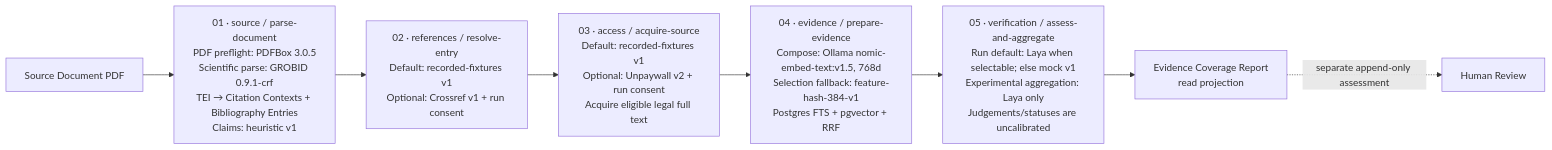
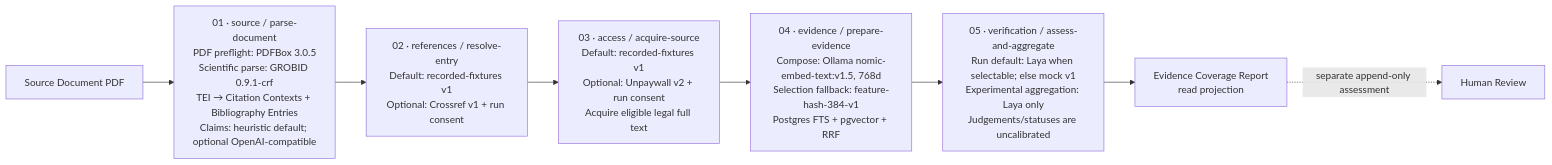
The first of 2 diagrams in docs/pipeline-feature-matrix.md (arrokh/paper-t-rail), drawn with Mermaid before and after one commit. The commit also changed other lines of this file and 47 other files, not shown here.

````diff
--- a/docs/pipeline-feature-matrix.md
+++ b/docs/pipeline-feature-matrix.md
@@ -17,10 +17,10 @@
 ```mermaid
 flowchart LR
     PDF["Source Document PDF"] --> S1
-    S1["01 · source / parse-document<br/>PDF preflight: PDFBox 3.0.5<br/>Scientific parse: GROBID 0.9.1-crf<br/>TEI → Citation Contexts + Bibliography Entries<br/>Claims: heuristic v1"] --> S2
+    S1["01 · source / parse-document<br/>PDF preflight: PDFBox 3.0.5<br/>Scientific parse: GROBID 0.9.1-crf<br/>TEI → Citation Contexts + Bibliography Entries<br/>Claims: heuristic default; optional OpenAI-compatible"] --> S2
     S2["02 · references / resolve-entry<br/>Default: recorded-fixtures v1<br/>Optional: Crossref v1 + run consent"] --> S3
     S3["03 · access / acquire-source<br/>Default: recorded-fixtures v1<br/>Optional: Unpaywall v2 + run consent<br/>Acquire eligible legal full text"] --> S4
     S4["04 · evidence / prepare-evidence<br/>Compose: Ollama nomic-embed-text:v1.5, 768d<br/>Selection fallback: feature-hash-384-v1<br/>Postgres FTS + pgvector + RRF"] --> S5
     S5["05 · verification / assess-and-aggregate<br/>Run default: Laya when selectable; else mock v1<br/>Experimental aggregation: Laya only<br/>Judgements/statuses are uncalibrated"] --> REPORT["Evidence Coverage Report<br/>read projection"]
     REPORT -. separate append-only assessment .-> REVIEW["Human Review"]
 ```
````
